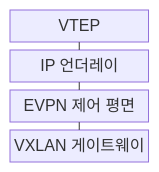
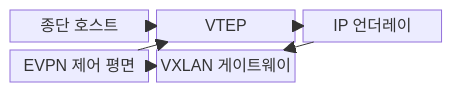
The first of 2 diagrams in src/content/docs/notes/04-network/059_vxlan_overlay.md (agnusdei1207/knowledge-base), drawn with Mermaid before and after one commit. The commit also changed other lines of this file and 20 other files, not shown here.

````diff
--- a/src/content/docs/notes/04-network/059_vxlan_overlay.md
+++ b/src/content/docs/notes/04-network/059_vxlan_overlay.md
@@ -57,11 +61,14 @@
 ```mermaid
 block-beta
-    columns 1
-    A["VTEP"]
-    B["IP 언더레이"]
-    C["EVPN 제어 평면"]
-    D["VXLAN 게이트웨이"]
-    A --- B
-    B --- C
-    C --- D
+    columns 3
+    A["종단 호스트"]
+    B["VTEP"]
+    C["IP 언더레이"]
+    D["EVPN 제어 평면"]
+    E["VXLAN 게이트웨이"]
+    A --> B
+    B --> C
+    D --> B
+    D --> E
+    C --> E
 ```
````
